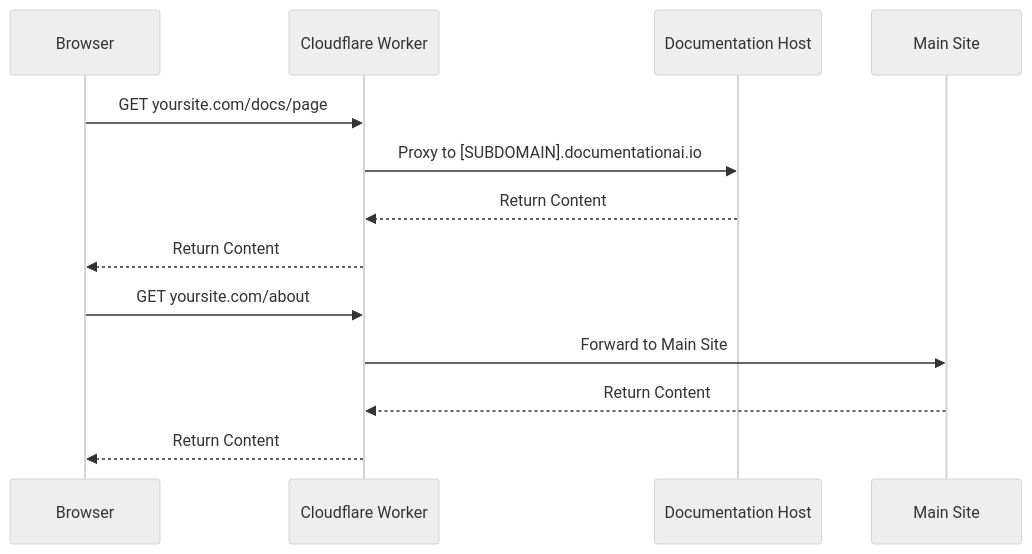
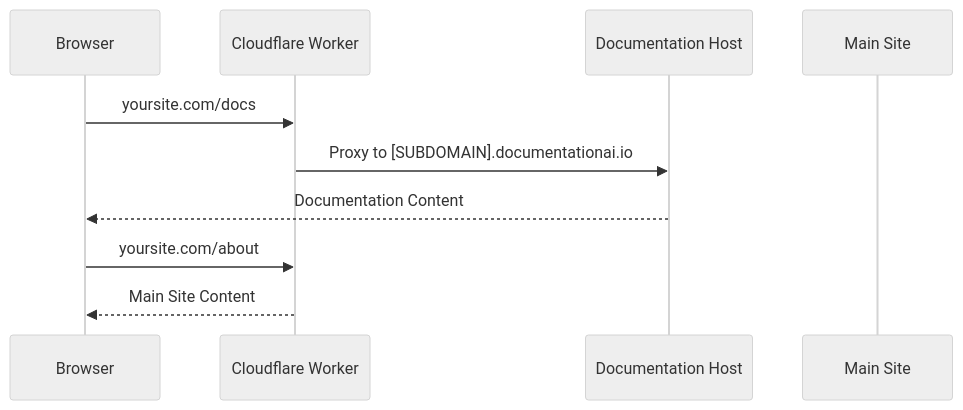
One commit to documentation-ai/DocumentationAI-Docs changed the diagram in deployment-and-hosting/custom-subpath/cloudflare.mdx. Above: the diagram before and after it, drawn with Mermaid (neutral theme). The commit also changed other lines of this file and 3 other files, not shown here.

`````diff
--- a/deployment-and-hosting/custom-subpath/cloudflare.mdx
+++ b/deployment-and-hosting/custom-subpath/cloudflare.mdx
@@ -22,15 +19,14 @@
-````mermaid
+```mermaid
 sequenceDiagram
     participant Browser
     participant Worker as Cloudflare Worker
     participant Docs as Documentation Host
     participant Main as Main Site
-    Browser->>Worker: GET yoursite.com/docs/page
+    
+    Browser->>Worker: yoursite.com/docs
     Worker->>Docs: Proxy to [SUBDOMAIN].documentationai.io
-    Docs-->>Worker: Return Content
-    Worker-->>Browser: Return Content
-    Browser->>Worker: GET yoursite.com/about
-    Worker->>Main: Forward to Main Site
-    Main-->>Worker: Return Content
-    Worker-->>Browser: Return Content
-````
+    Docs-->>Browser: Documentation Content
+    
+    Browser->>Worker: yoursite.com/about
+    Worker-->>Browser: Main Site Content
+```
`````
